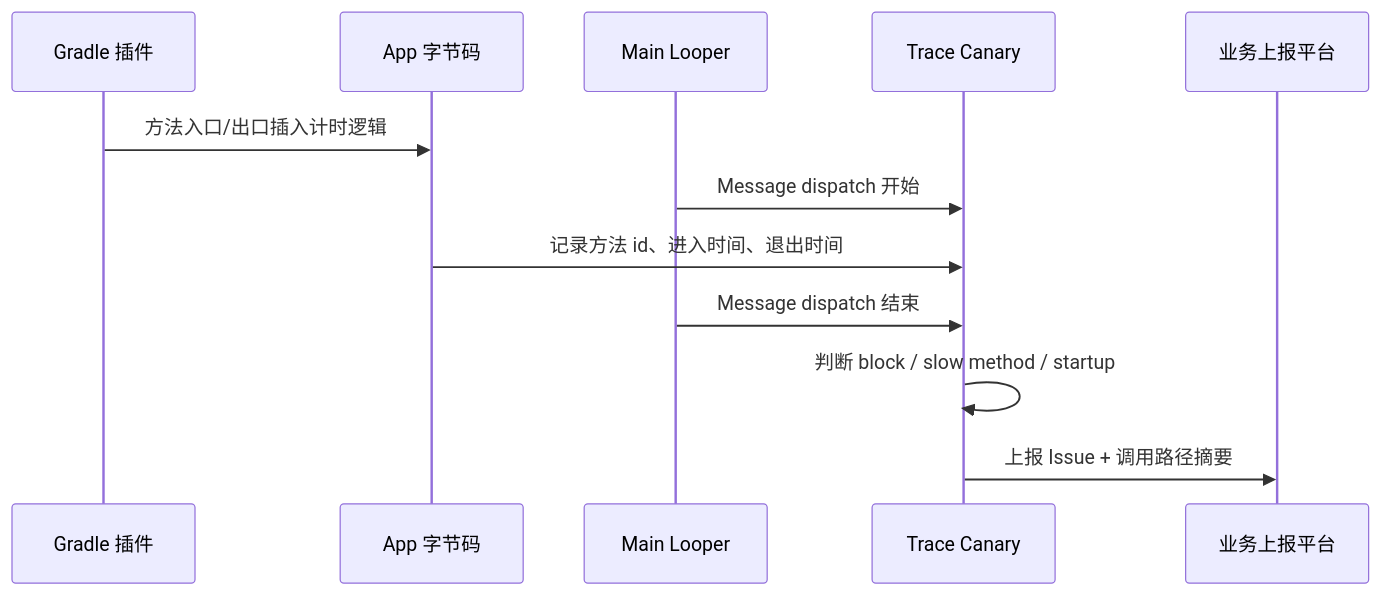
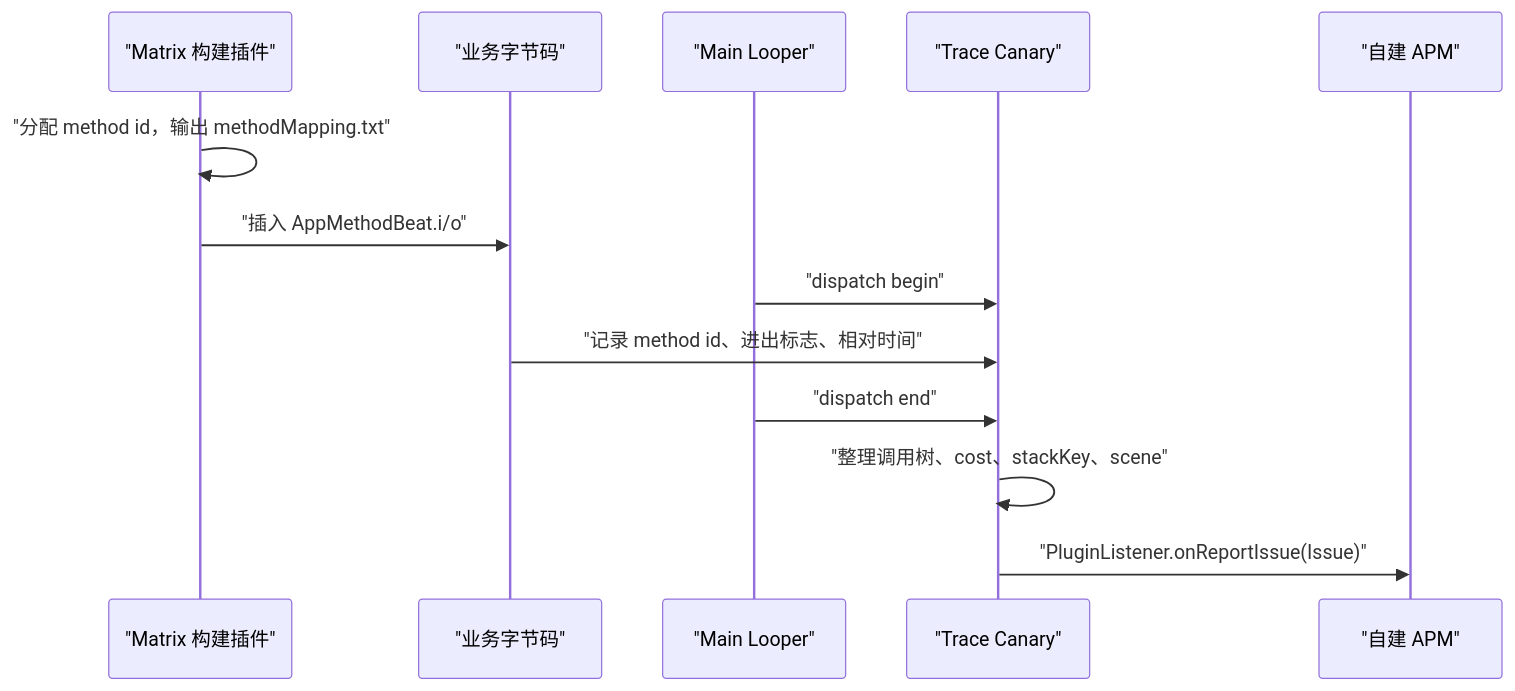
One commit to Gracker/android-internals-wiki changed the diagram in src/part3-tools/ch19-apm/02-tencent-matrix.md. Above: the diagram before and after it, drawn with Mermaid. The commit also changed other lines of this file, not shown here.

Commit message:
docs: review Tencent Matrix for Android 17

````diff
--- a/src/part3-tools/ch19-apm/02-tencent-matrix.md
+++ b/src/part3-tools/ch19-apm/02-tencent-matrix.md
@@ -228,15 +198,16 @@
 ```mermaid
 sequenceDiagram
-    participant Build as Gradle 插件
-    participant App as App 字节码
-    participant Main as Main Looper
-    participant Trace as Trace Canary
-    participant Platform as 业务上报平台
+    participant Build as "Matrix 构建插件"
+    participant Bytecode as "业务字节码"
+    participant Main as "Main Looper"
+    participant Trace as "Trace Canary"
+    participant AppAPM as "自建 APM"
 
-    Build->>App: 方法入口/出口插入计时逻辑
-    Main->>Trace: Message dispatch 开始
-    App->>Trace: 记录方法 id、进入时间、退出时间
-    Main->>Trace: Message dispatch 结束
-    Trace->>Trace: 判断 block / slow method / startup
-    Trace->>Platform: 上报 Issue + 调用路径摘要
+    Build->>Build: "分配 method id，输出 methodMapping.txt"
+    Build->>Bytecode: "插入 AppMethodBeat.i/o"
+    Main->>Trace: "dispatch begin"
+    Bytecode->>Trace: "记录 method id、进出标志、相对时间"
+    Main->>Trace: "dispatch end"
+    Trace->>Trace: "整理调用树、cost、stackKey、scene"
+    Trace->>AppAPM: "PluginListener.onReportIssue(Issue)"
 ```
````
